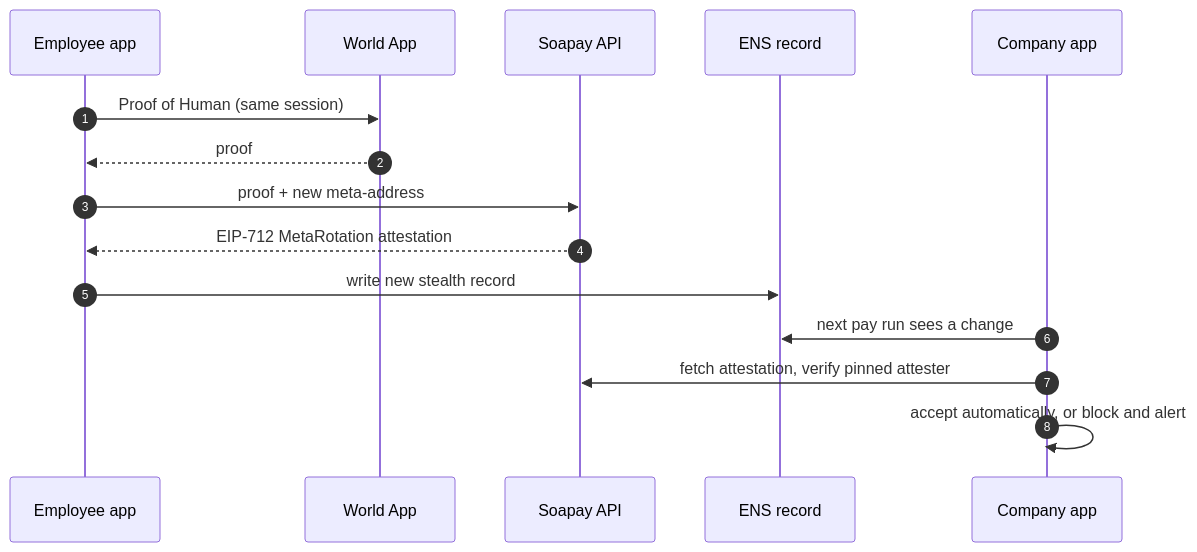
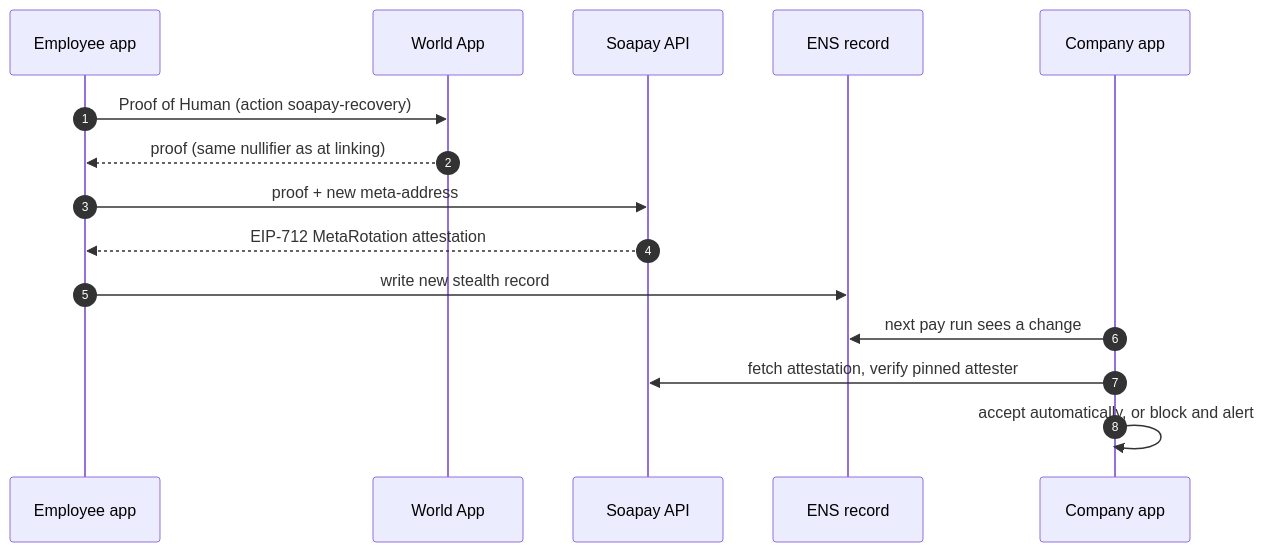
The fifth of 7 diagrams in docs/architecture.md (easonchai/soapay), drawn with Mermaid before and after one commit. The commit also changed other lines of this file and 6 other files, not shown here.

First line of the commit message:
Docs: World ID recovery by nullifier (D-58), debrief friction, architecture, spec and bounty notes

````diff
--- a/docs/architecture.md
+++ b/docs/architecture.md
@@ -186,17 +186,17 @@
 ```mermaid
 sequenceDiagram
   autonumber
   participant R as Employee app
   participant W as World App
   participant A as Soapay API
   participant N as ENS record
   participant E as Company app
-  R->>W: Proof of Human (same session)
-  W-->>R: proof
+  R->>W: Proof of Human (action soapay-recovery)
+  W-->>R: proof (same nullifier as at linking)
   R->>A: proof + new meta-address
   A-->>R: EIP-712 MetaRotation attestation
   R->>N: write new stealth record
   E->>N: next pay run sees a change
   E->>A: fetch attestation, verify pinned attester
   E->>E: accept automatically, or block and alert
 ```
````
